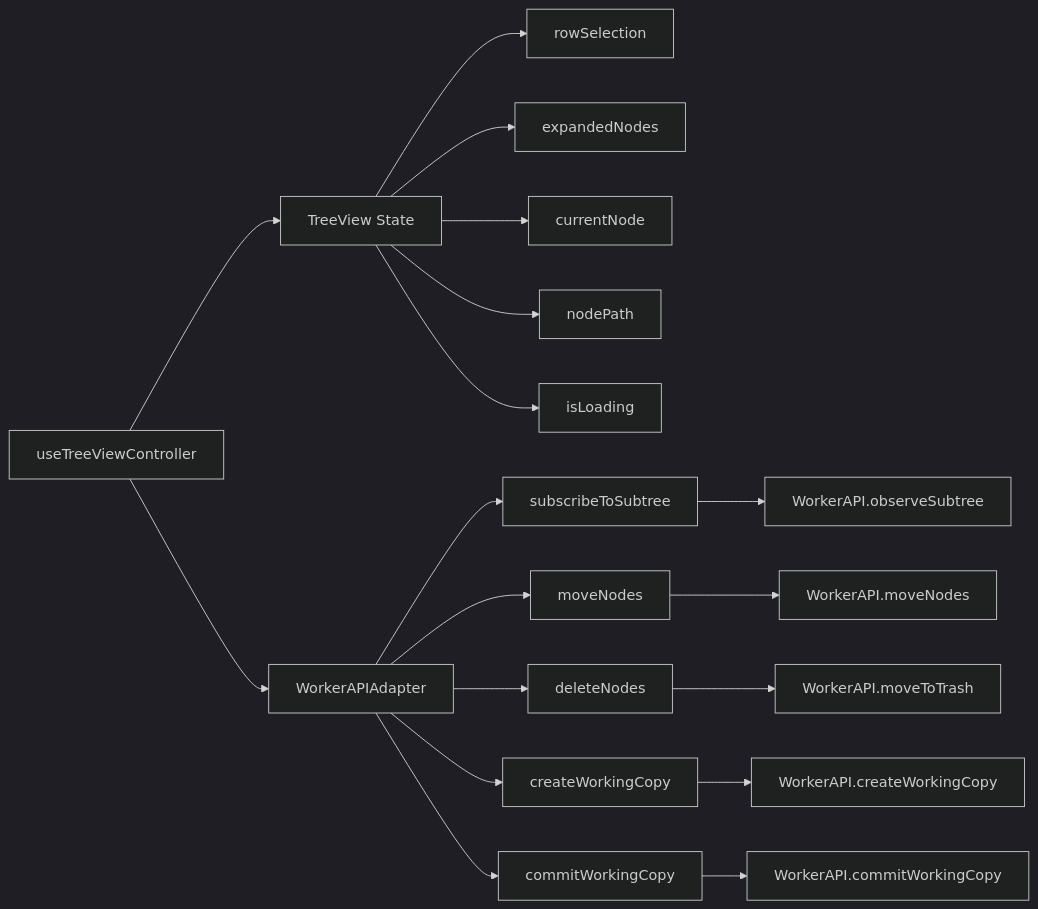
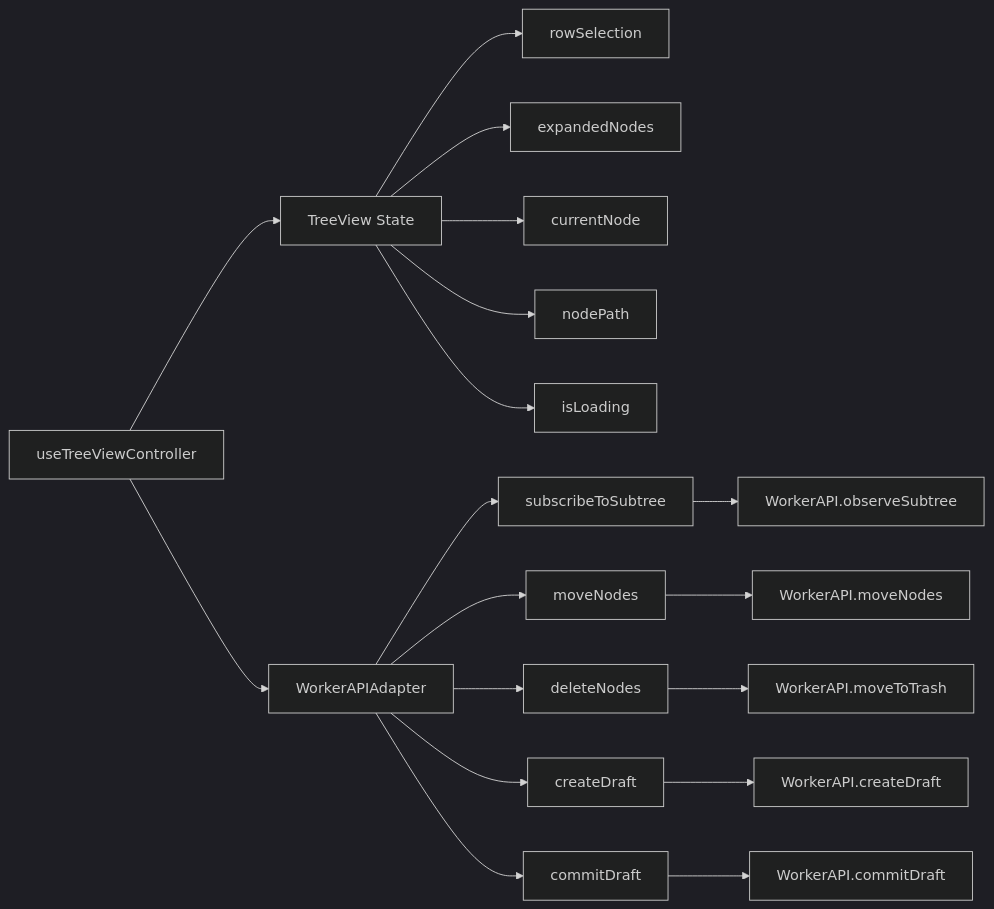
The fourth of 8 diagrams in docs/deprecated/REPORT/design/treeconsole-migration/dataflow.md (kubohiroya/hierarchidb), drawn with Mermaid (dark theme) before and after one commit. The commit also changed other lines of this file and 796 other files, not shown here.

````diff
--- a/docs/deprecated/REPORT/design/treeconsole-migration/dataflow.md
+++ b/docs/deprecated/REPORT/design/treeconsole-migration/dataflow.md
@@ -87,23 +87,23 @@
 ```mermaid
 flowchart LR
     A[useTreeViewController] --> B[TreeView State]
     A --> C[WorkerAPIAdapter]
     
     B --> B1[rowSelection]
     B --> B2[expandedNodes]
     B --> B3[currentNode]
     B --> B4[nodePath]
     B --> B5[isLoading]
     
     C --> C1[subscribeToSubtree]
     C --> C2[moveNodes]
     C --> C3[deleteNodes]
-    C --> C4[createWorkingCopy]
-    C --> C5[commitWorkingCopy]
+    C --> C4[createDraft]
+    C --> C5[commitDraft]
     
     C1 --> D[WorkerAPI.observeSubtree]
     C2 --> E[WorkerAPI.moveNodes]
     C3 --> F[WorkerAPI.moveToTrash]
-    C4 --> G[WorkerAPI.createWorkingCopy]
-    C5 --> H[WorkerAPI.commitWorkingCopy]
+    C4 --> G[WorkerAPI.createDraft]
+    C5 --> H[WorkerAPI.commitDraft]
 ```
````
